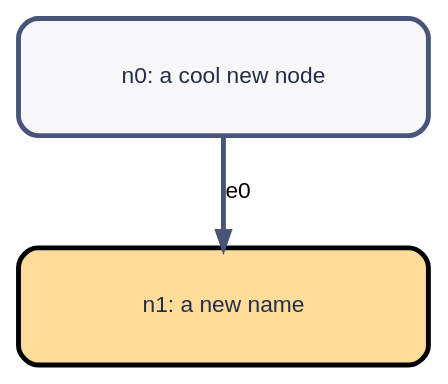
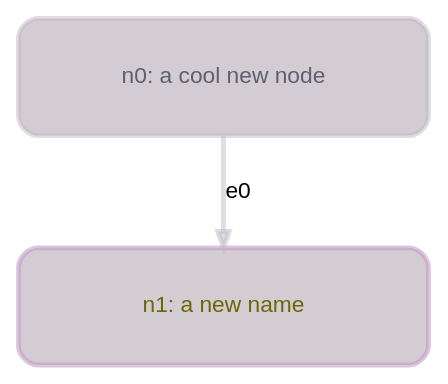
Before and after one commit to stevecooperorg/microdot: the diagram in examples/readme_example_1.dot, drawn with Graphviz. The commit also changed 15 other files, not shown here.

```diff
--- a/examples/readme_example_1.dot
+++ b/examples/readme_example_1.dot
@@ -1,12 +1,12 @@
 digraph {
 
     graph [fontname = "helvetica" rankdir=TB ranksep=0.75 nodesep=0.5];
     node [fontname = "helvetica" style="filled,rounded" shape=box height=1 width=3.5 penwidth=3];
-    edge [fontname = "helvetica" penwidth=3 color="#485478"];
+    edge [fontname = "helvetica" penwidth=3 color="#c2bac380c3a3"];
 
-    "n0" [label="n0: a cool new node" fillcolor="#F8F8FA" color="#485478" fontcolor="#242D48"]
-    "n1" [label="n1: a new name" fillcolor="#FFDD99" color="CC851F" fontcolor="#242D48"]
+    "n0" [label="n0: a cool new node" fillcolor="#c3b9c3b8c2ba" color="#c2bac380c3a3" fontcolor="#5d6071"]
+    "n1" [label="n1: a new name" fillcolor="#c3bac3b9c2bf" color="#c396c38c0e" fontcolor="#6b6607"]
 
     "n0" -> "n1" [label="e0"];
 
 }
```
